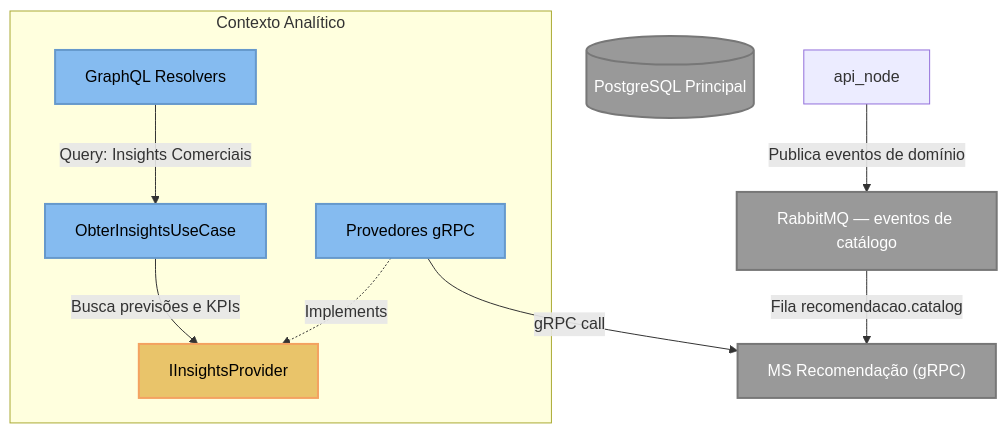
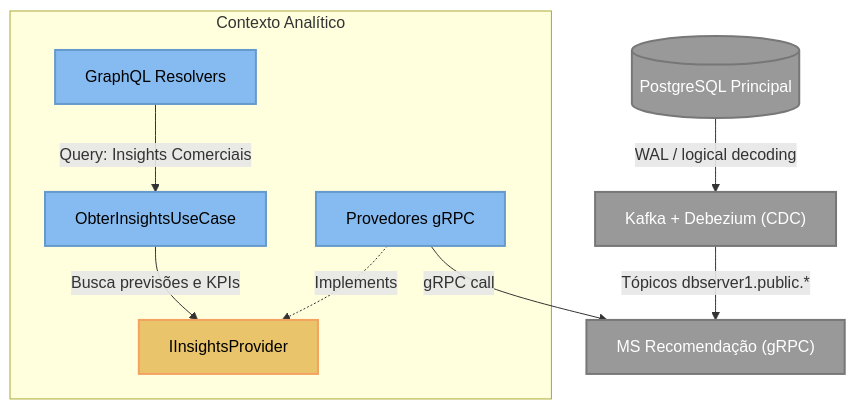
One commit to arthurair3s/arquitetura-de-software changed the fourth of 5 diagrams in docs/diagramas/c3/c4_l3_component.md. Above: the diagram before and after it, drawn with Mermaid. The commit also changed other lines of this file and 5 other files, not shown here.

First line of the commit message:
atualiza README e diagramas para o pipeline de CDC

````diff
--- a/docs/diagramas/c3/c4_l3_component.md
+++ b/docs/diagramas/c3/c4_l3_component.md
@@ -177,33 +177,33 @@
 ```mermaid
 graph TB
     %% Styling
     classDef comp fill:#85bbf0,stroke:#6699cc,stroke-width:2px,color:#000;
     classDef port fill:#e9c46a,stroke:#f4a261,stroke-width:2px,color:#000;
     classDef ext fill:#999999,stroke:#777777,stroke-width:2px,color:#fff;
 
     ms_recomendacao["MS Recomendação (gRPC)"]:::ext
-    catalogo_eventos["RabbitMQ — eventos de catálogo"]:::ext
+    cdc["Kafka + Debezium (CDC)"]:::ext
     db_postgres[("PostgreSQL Principal")]:::ext
 
     subgraph analytics_context ["Contexto Analítico"]
         resolvers["GraphQL Resolvers"]:::comp
         
         uc_insights["ObterInsightsUseCase"]:::comp
 
         i_insights_provider["IInsightsProvider"]:::port
 
         grpc_providers["Provedores gRPC"]:::comp
     end
 
     %% Flows
     resolvers -->|"Query: Insights Comerciais"| uc_insights
 
     uc_insights -->|Busca previsões e KPIs| i_insights_provider
 
     grpc_providers -.->|Implements| i_insights_provider
     grpc_providers -->|gRPC call| ms_recomendacao
 
     %% CDC flow
-    api_node -->|Publica eventos de domínio| catalogo_eventos
-    catalogo_eventos -->|Fila recomendacao.catalog| ms_recomendacao
+    db_postgres -->|WAL / logical decoding| cdc
+    cdc -->|Tópicos dbserver1.public.*| ms_recomendacao
 ```
````
